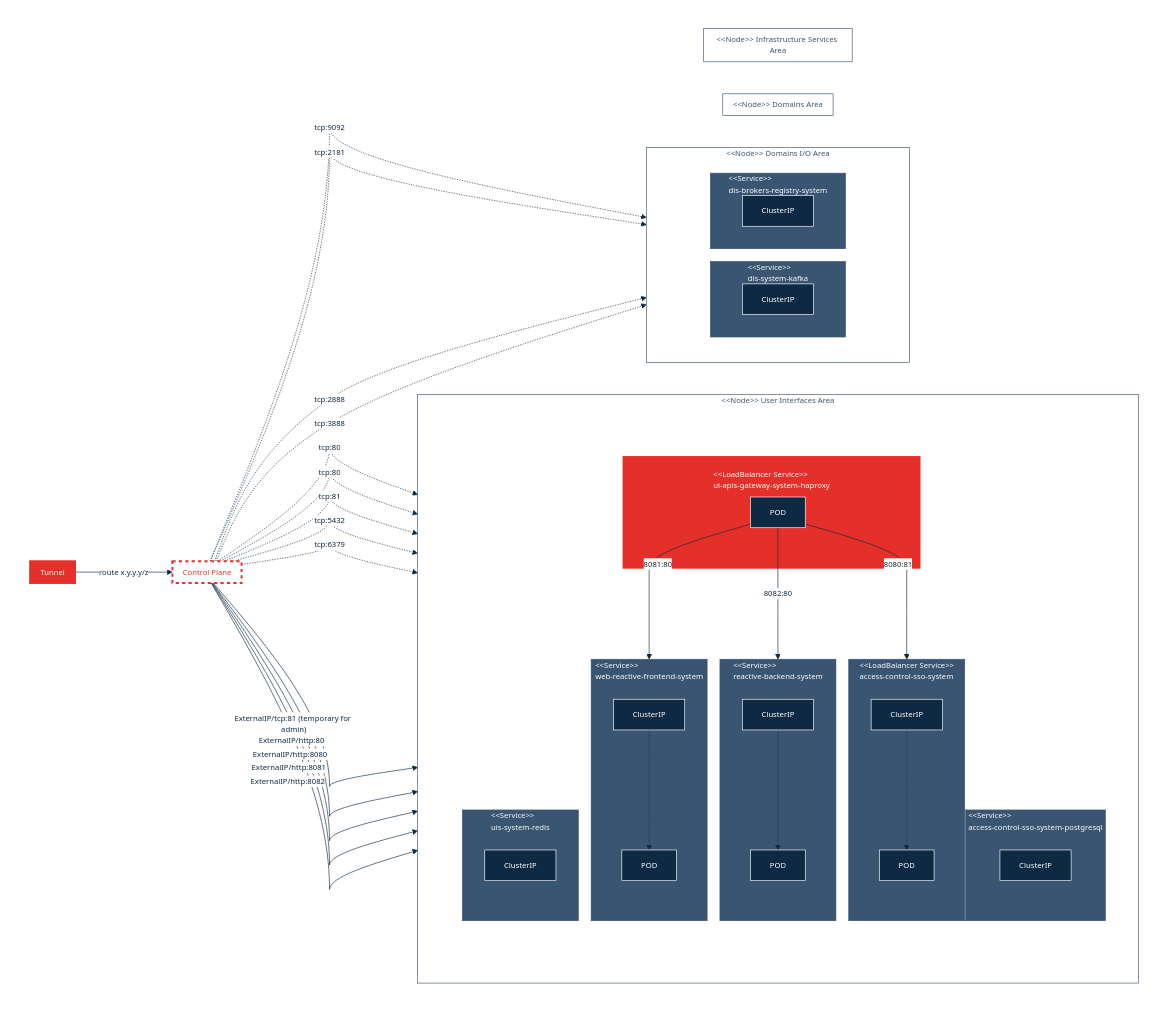
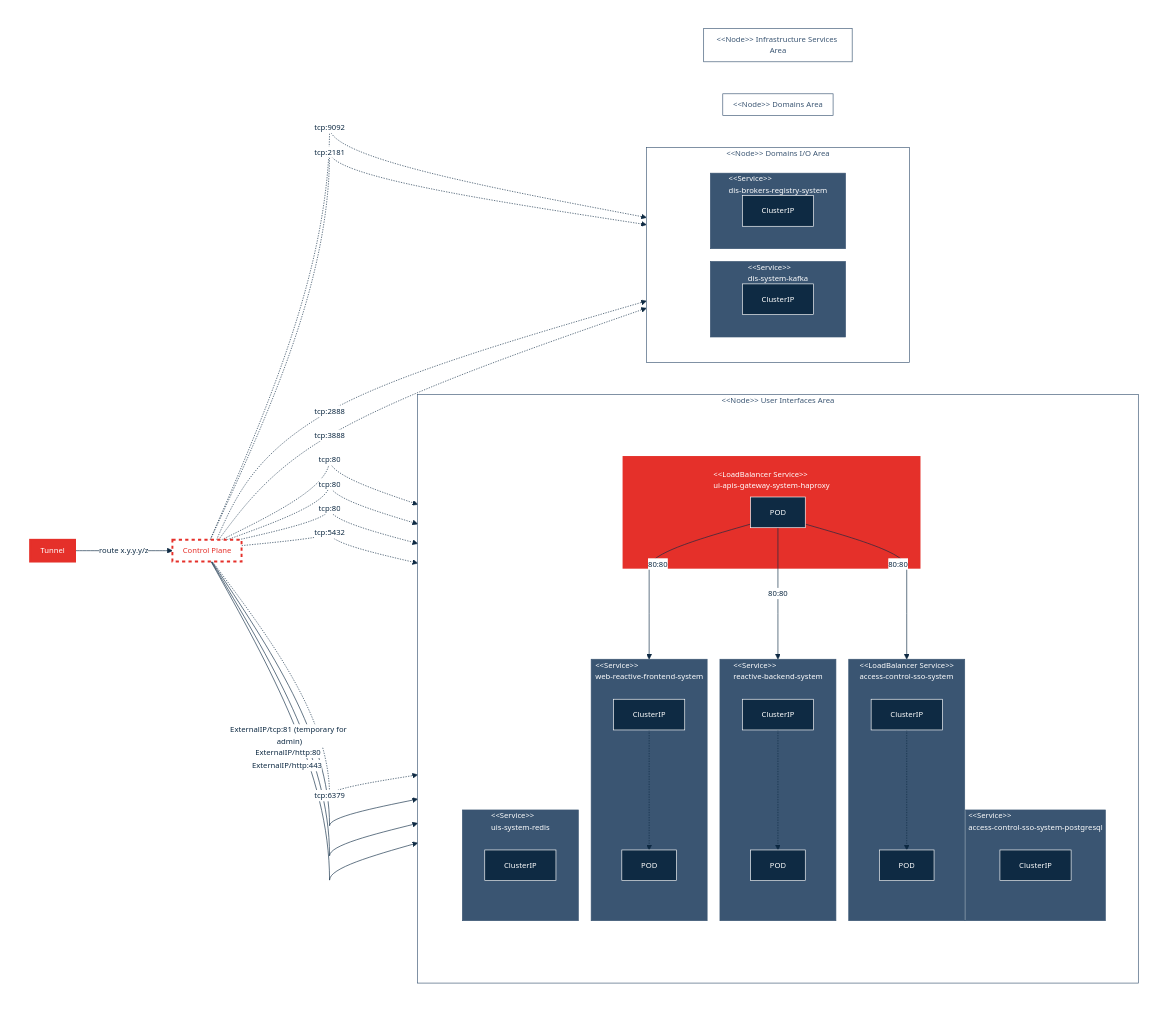
The diagram in implementations-line/systems/README.md (cybnity/foundation), drawn with Mermaid before and after one commit. The commit also changed 5 other files, not shown here.

```diff
--- a/implementations-line/systems/README.md
+++ b/implementations-line/systems/README.md
@@ -156,18 +156,16 @@
   end
   tunnel -- "route x.y.y.y/z" --> controlplane
   controlplane -. "tcp:80" .-> clusterip1 -.-> pod1
-  podproxy1 -- "8081:80" --> service1
-  podproxy1 -- "8082:80" --> service2
+  podproxy1 -- "80:80" --> service1
+  podproxy1 -- "80:80" --> service2
   controlplane -. "tcp:80" .-> clusterip4 -.-> pod2
-  controlplane -. "tcp:81" .-> clusterip7 -.-> pod3
+  controlplane -. "tcp:80" .-> clusterip7 -.-> pod3
   controlplane -- "ExternalIP/tcp:81 (temporary for admin)" --> service3
-  podproxy1 -- "8080:81" --> service3
+  podproxy1 -- "80:80" --> service3
   controlplane -. "tcp:5432" .-> clusterip2
   controlplane -. "tcp:6379" .-> clusterip3
   controlplane -- "ExternalIP/http:80" --> service8
-  controlplane -- "ExternalIP/http:8080" --> service8
-  controlplane -- "ExternalIP/http:8081" --> service8
-  controlplane -- "ExternalIP/http:8082" --> service8
+  controlplane -- "ExternalIP/http:443" --> service8
   controlplane -. "tcp:9092" .-> clusterip5
   controlplane -. "tcp:2181" .-> clusterip6
   controlplane -. "tcp:2888" .-> clusterip6
```
